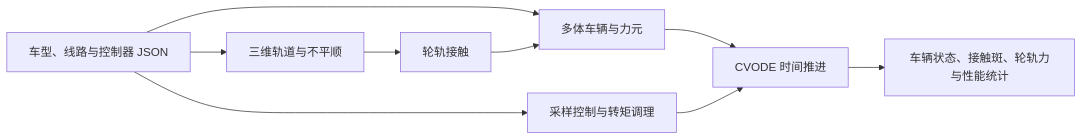
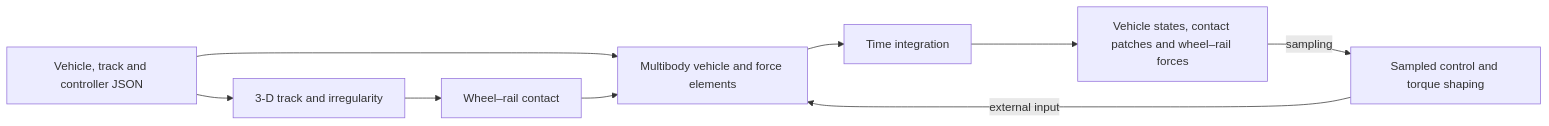
Before and after one commit to wenquantongxin/OpenRailVehicleDynamics: the diagram in README.md, drawn with Mermaid. The commit also changed other lines of this file and 13 other files, not shown here.

````diff
--- a/README.md
+++ b/README.md
@@ -16,11 +29,11 @@
 ```mermaid
 flowchart LR
-  A[车型、线路与控制器 JSON] --> B[三维轨道与不平顺]
-  B --> C[轮轨接触]
-  A --> D[多体车辆与力元]
+  A[Vehicle, track and controller JSON] --> B[3-D track and irregularity]
+  B --> C[Wheel–rail contact]
+  A --> D[Multibody vehicle and force elements]
   C --> D
-  D --> E[CVODE 时间推进]
-  A --> F[采样控制与转矩调理]
-  F --> E
-  E --> G[车辆状态、接触斑、轮轨力与性能统计]
+  D --> E[Time integration]
+  E --> G[Vehicle states, contact patches and wheel–rail forces]
+  G -->|sampling| F[Sampled control and torque shaping]
+  F -->|external input| D
 ```
````
